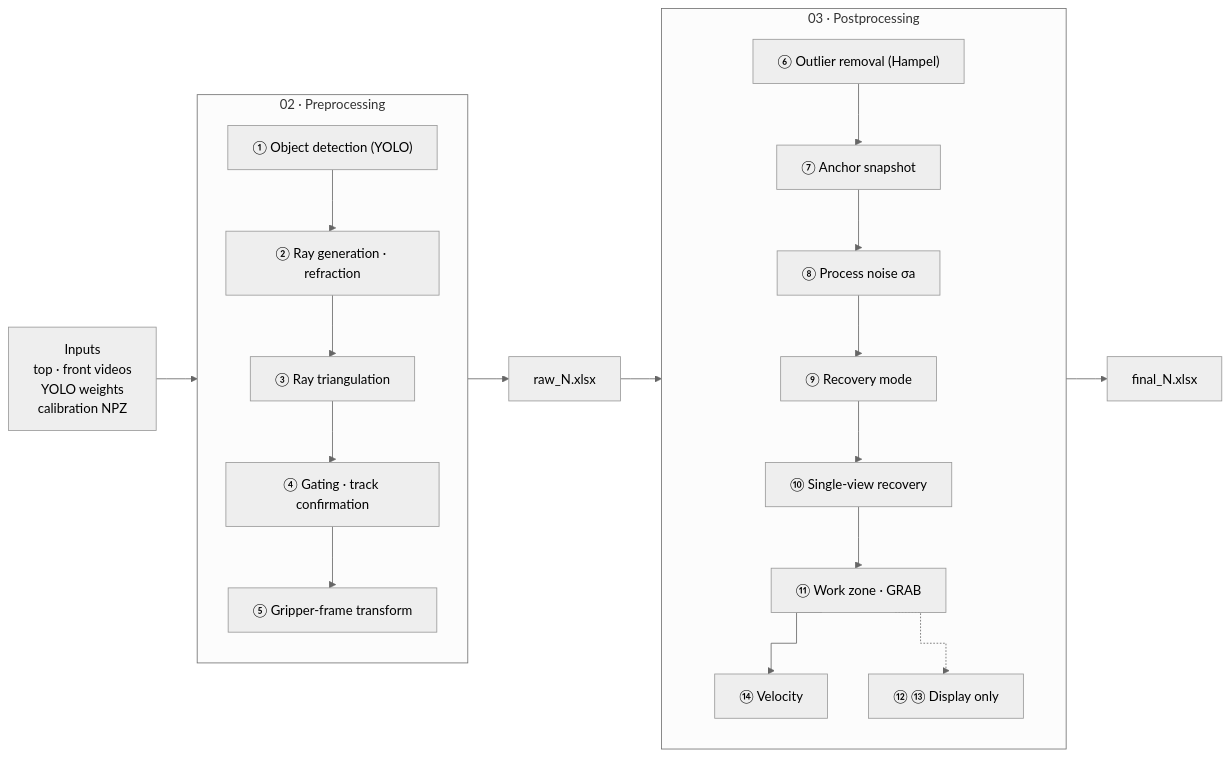
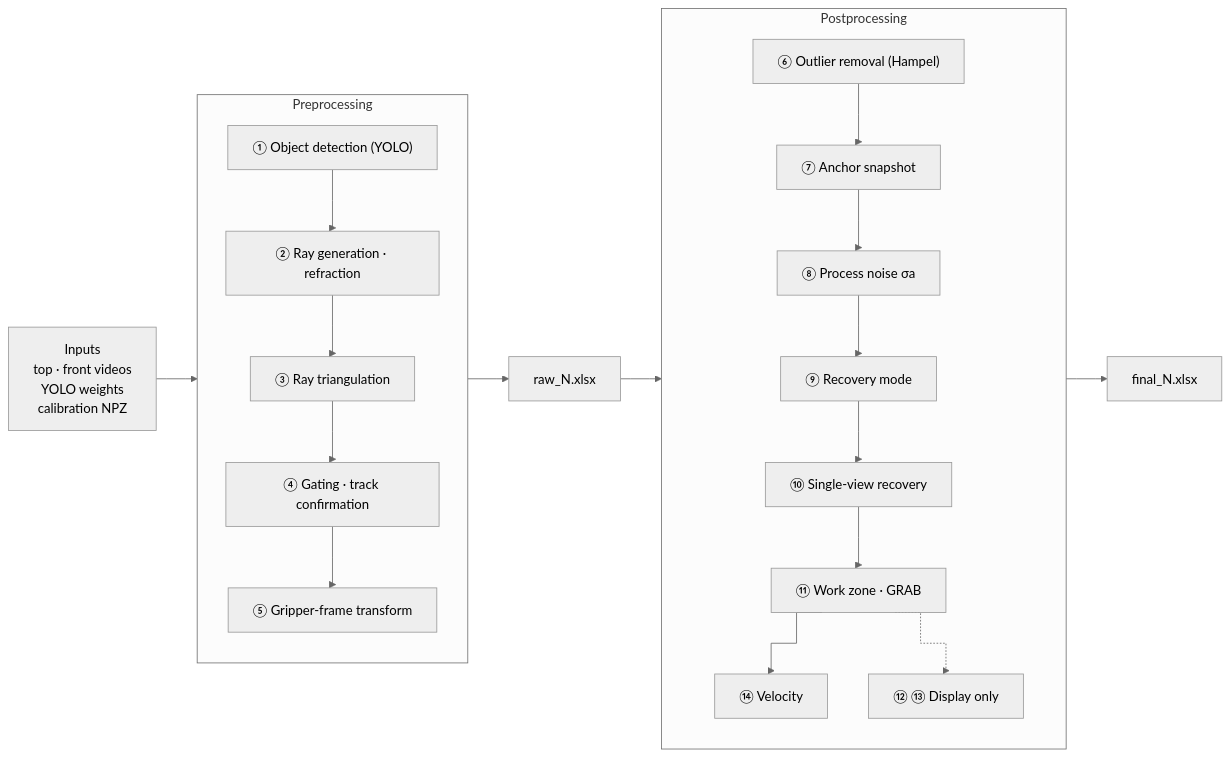
Before and after one commit to dodokim777-boop/underwater-gripper-tracking: the diagram in README.md, drawn with Mermaid. The commit also changed other lines of this file and 7 other files, not shown here.

````diff
--- a/README.md
+++ b/README.md
@@ -13,28 +13,28 @@
 ```mermaid
 %%{init: {'theme': 'neutral', 'flowchart': {'curve': 'step'}}}%%
 flowchart LR
   IN["Inputs<br/>top · front videos<br/>YOLO weights<br/>calibration NPZ"]
-  subgraph PRE["02 · Preprocessing"]
+  subgraph PRE["Preprocessing"]
     direction TB
     S1["① Object detection (YOLO)"] --> S2["② Ray generation · refraction"]
     S2 --> S3["③ Ray triangulation"]
     S3 --> S4["④ Gating · track confirmation"]
     S4 --> S5["⑤ Gripper-frame transform"]
   end
   RAW["raw_N.xlsx"]
-  subgraph POST["03 · Postprocessing"]
+  subgraph POST["Postprocessing"]
     direction TB
     S6["⑥ Outlier removal (Hampel)"] --> S7["⑦ Anchor snapshot"]
     S7 --> S8["⑧ Process noise σa"]
     S8 --> S9["⑨ Recovery mode"]
     S9 --> S10["⑩ Single-view recovery"]
     S10 --> S11["⑪ Work zone · GRAB"]
     S11 --> S14["⑭ Velocity"]
     S11 -.-> S1213["⑫ ⑬ Display only"]
   end
   FIN["final_N.xlsx"]
   IN --> PRE
   PRE --> RAW
   RAW --> POST
   POST --> FIN
 ```
````
